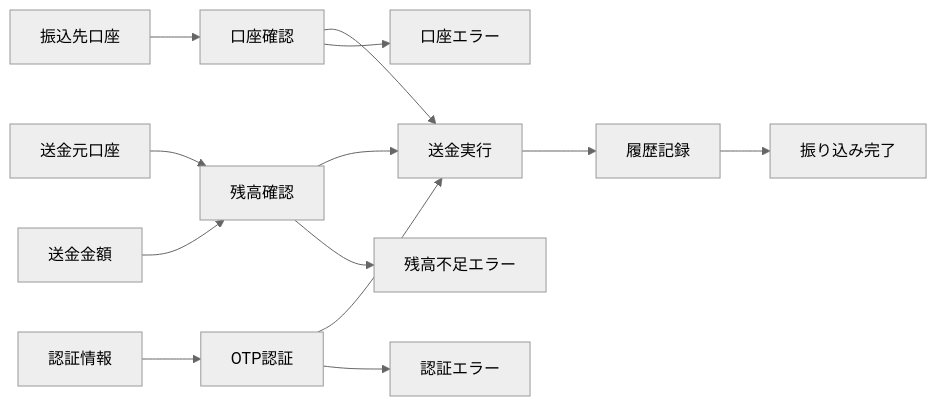
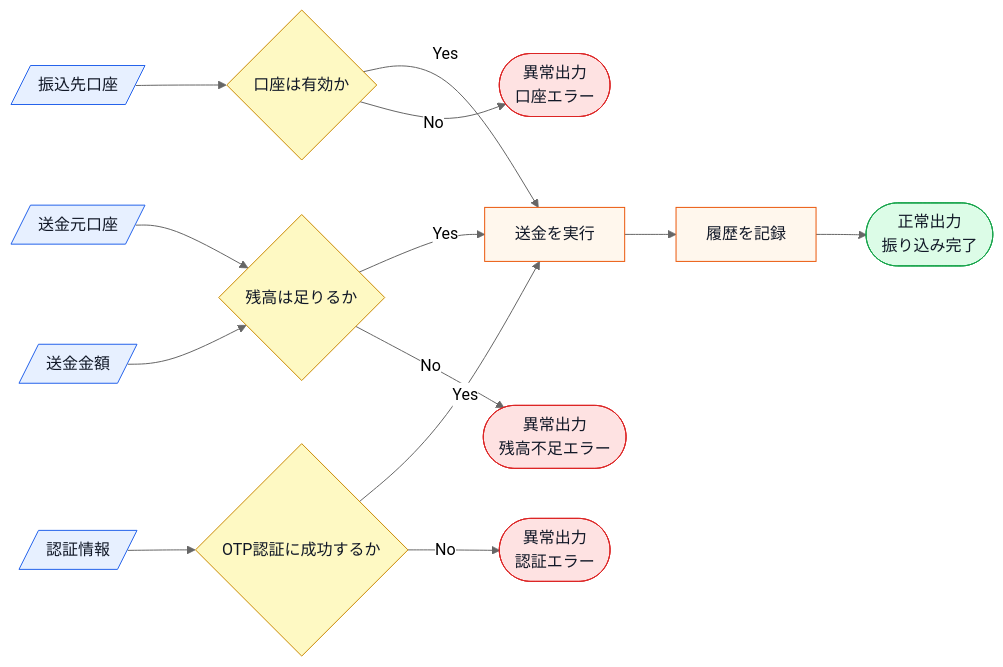
The first of 6 diagrams in kindle/design-patterns/output/chapter02.md (kumachan1101-pixel/DesignPattern), drawn with Mermaid (neutral theme) before and after one commit. The commit also changed 15 other files, not shown here.

Commit message:
fix: 仕様図の入出力と分岐を明確化

````diff
--- a/kindle/design-patterns/output/chapter02.md
+++ b/kindle/design-patterns/output/chapter02.md
@@ -30,15 +30,21 @@
 ```mermaid
 flowchart LR
-    A["送金元口座"] --> B["残高確認"]
-    C["振込先口座"] --> D["口座確認"]
-    E["送金金額"] --> B
-    F["認証情報"] --> G["OTP認証"]
-    D --> H["送金実行"]
-    B --> H
-    G --> H
-    H --> I["履歴記録"]
-    I --> J["振り込み完了"]
-    D --> K["口座エラー"]
-    B --> L["残高不足エラー"]
-    G --> M["認証エラー"]
+    A[/送金元口座/]:::input --> B{残高は足りるか}:::decision
+    C[/振込先口座/]:::input --> D{口座は有効か}:::decision
+    E[/送金金額/]:::input --> B
+    F[/認証情報/]:::input --> G{OTP認証に成功するか}:::decision
+    D -->|Yes| H[送金を実行]:::process
+    B -->|Yes| H
+    G -->|Yes| H
+    H --> I[履歴を記録]:::process
+    I --> J([正常出力<br>振り込み完了]):::normal
+    D -->|No| K([異常出力<br>口座エラー]):::error
+    B -->|No| L([異常出力<br>残高不足エラー]):::error
+    G -->|No| M([異常出力<br>認証エラー]):::error
+
+    classDef input fill:#e7f0ff,stroke:#2563eb,color:#111827;
+    classDef process fill:#fff7ed,stroke:#ea580c,color:#111827;
+    classDef decision fill:#fef9c3,stroke:#ca8a04,color:#111827;
+    classDef normal fill:#dcfce7,stroke:#16a34a,color:#111827;
+    classDef error fill:#fee2e2,stroke:#dc2626,color:#111827;
 ```
````
